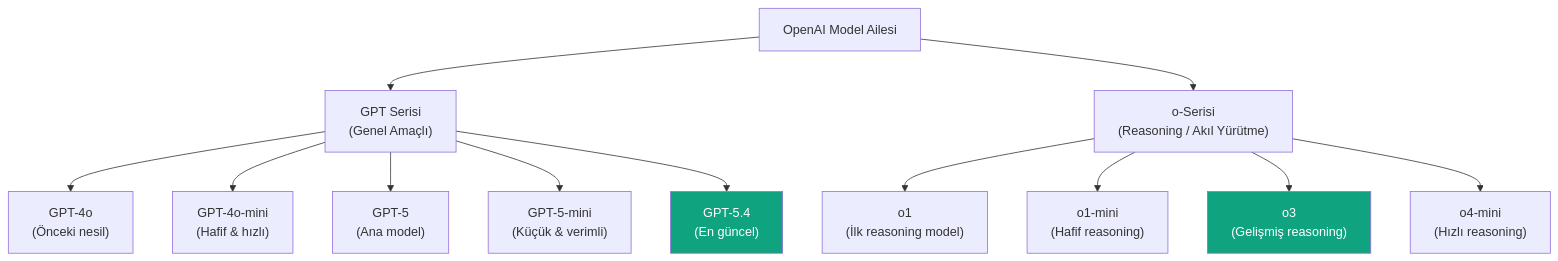
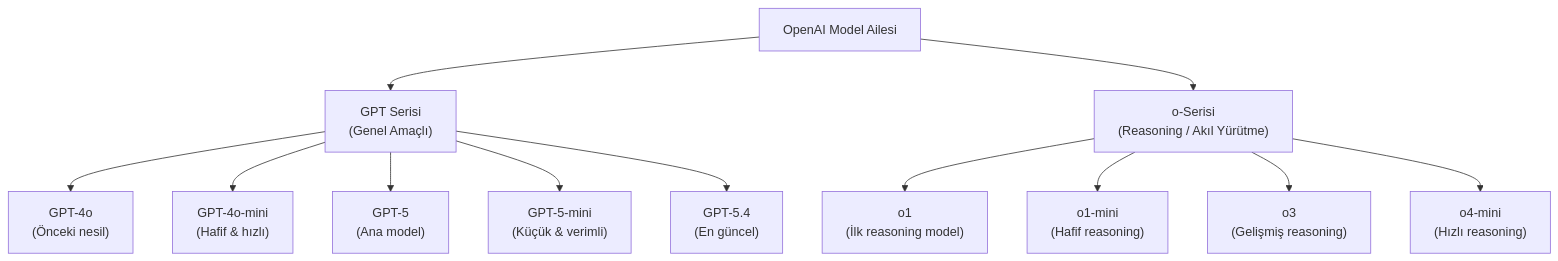
Before and after one commit to IzzetYasinAtes/ClaudeCodeHandbook: the second of 4 diagrams in 03-llm-saglayicilari/01-openai.md, drawn with Mermaid. The commit also changed 97 other files, not shown here.

Commit message:
Remove all custom Mermaid style/fill colors from 98 markdown files for consistent dark theme rendering

````diff
--- a/03-llm-saglayicilari/01-openai.md
+++ b/03-llm-saglayicilari/01-openai.md
@@ -45,21 +45,19 @@
 ```mermaid
 flowchart TD
     OAI["OpenAI Model Ailesi"]
 
     OAI --> GPT["GPT Serisi<br/>(Genel Amaçlı)"]
     OAI --> O["o-Serisi<br/>(Reasoning / Akıl Yürütme)"]
 
     GPT --> GPT4O["GPT-4o<br/>(Önceki nesil)"]
     GPT --> GPT4OM["GPT-4o-mini<br/>(Hafif & hızlı)"]
     GPT --> GPT5["GPT-5<br/>(Ana model)"]
     GPT --> GPT5M["GPT-5-mini<br/>(Küçük & verimli)"]
     GPT --> GPT54["GPT-5.4<br/>(En güncel)"]
 
     O --> O1["o1<br/>(İlk reasoning model)"]
     O --> O1M["o1-mini<br/>(Hafif reasoning)"]
     O --> O3["o3<br/>(Gelişmiş reasoning)"]
     O --> O4M["o4-mini<br/>(Hızlı reasoning)"]
 
-    style GPT54 fill:#10a37f,color:#fff
-    style O3 fill:#10a37f,color:#fff
 ```
````
